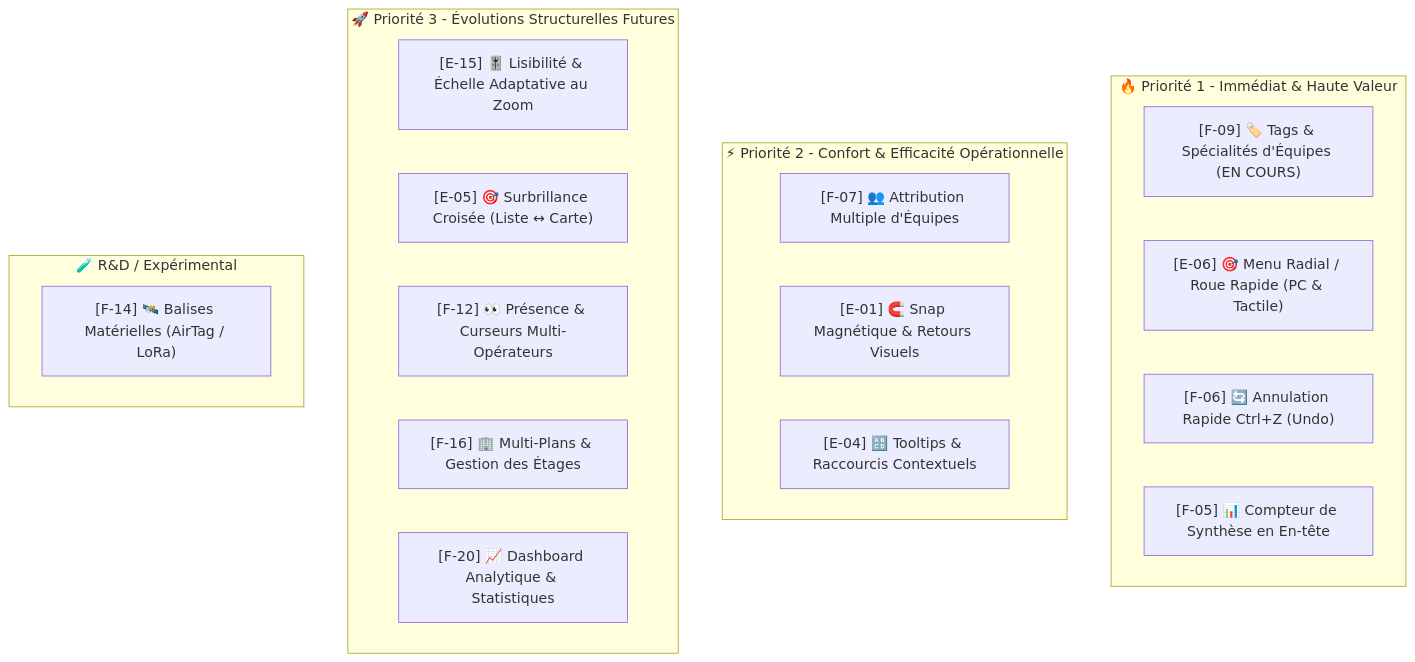
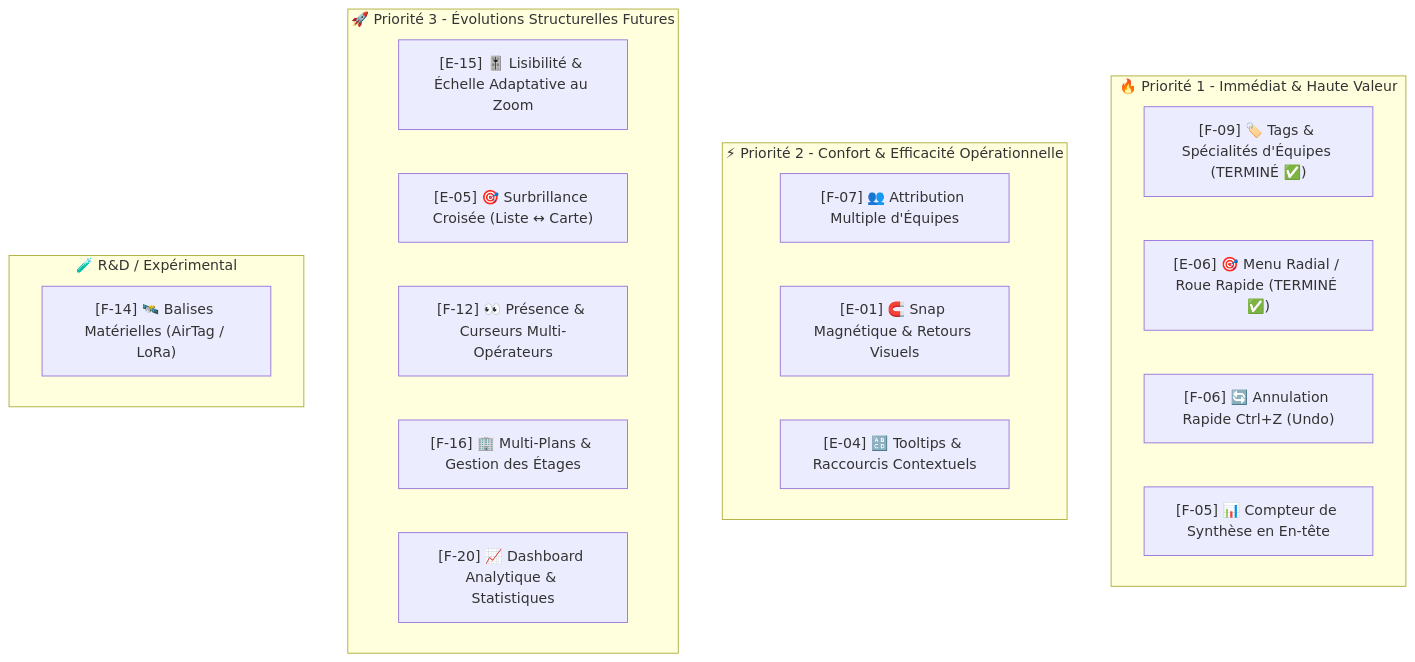
One commit to MathieuKer/Wheres-my-team changed the diagram in docs/roadmap_priorisation.md. Above: the diagram before and after it, drawn with Mermaid. The commit also changed 20 other files, not shown here.

First line of the commit message:
feat(map): add fast radial status menu and dynamic intervention management

````diff
--- a/docs/roadmap_priorisation.md
+++ b/docs/roadmap_priorisation.md
@@ -9,27 +9,27 @@
 ```mermaid
 graph TD
     subgraph P1 [🔥 Priorité 1 - Immédiat & Haute Valeur]
-        F09["[F-09] 🏷️ Tags & Spécialités d'Équipes (EN COURS)"]
-        E06["[E-06] 🎯 Menu Radial / Roue Rapide (PC & Tactile)"]
+        F09["[F-09] 🏷️ Tags & Spécialités d'Équipes (TERMINÉ ✅)"]
+        E06["[E-06] 🎯 Menu Radial / Roue Rapide (TERMINÉ ✅)"]
         F06["[F-06] 🔄 Annulation Rapide Ctrl+Z (Undo)"]
         F05["[F-05] 📊 Compteur de Synthèse en En-tête"]
     end
 
     subgraph P2 [⚡ Priorité 2 - Confort & Efficacité Opérationnelle]
         F07["[F-07] 👥 Attribution Multiple d'Équipes"]
         E01["[E-01] 🧲 Snap Magnétique & Retours Visuels"]
         E04["[E-04] 🔠 Tooltips & Raccourcis Contextuels"]
     end
 
     subgraph P3 [🚀 Priorité 3 - Évolutions Structurelles Futures]
         E15["[E-15] 🎚️ Lisibilité & Échelle Adaptative au Zoom"]
         E05["[E-05] 🎯 Surbrillance Croisée (Liste ↔ Carte)"]
         F12["[F-12] 👀 Présence & Curseurs Multi-Opérateurs"]
         F16["[F-16] 🏢 Multi-Plans & Gestion des Étages"]
         F20["[F-20] 📈 Dashboard Analytique & Statistiques"]
     end
 
     subgraph RD [🧪 R&D / Expérimental]
         F14["[F-14] 🛰️ Balises Matérielles (AirTag / LoRa)"]
     end
 ```
````
